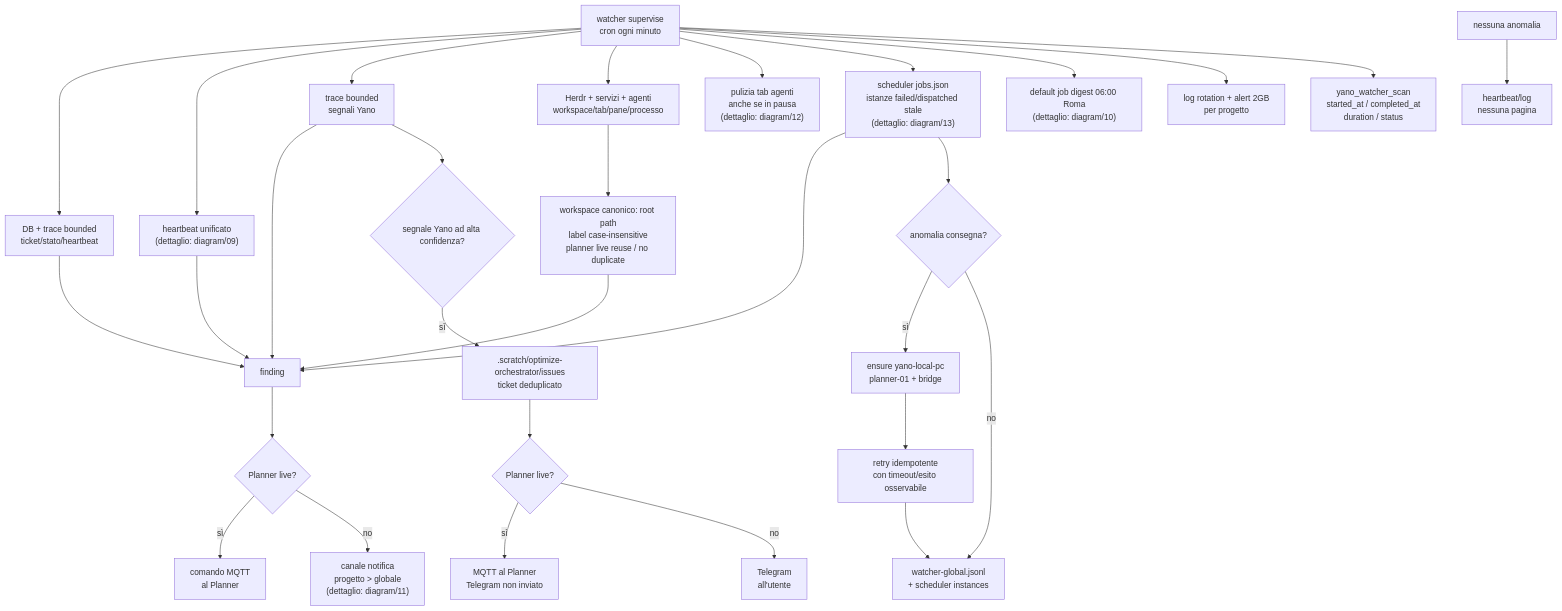
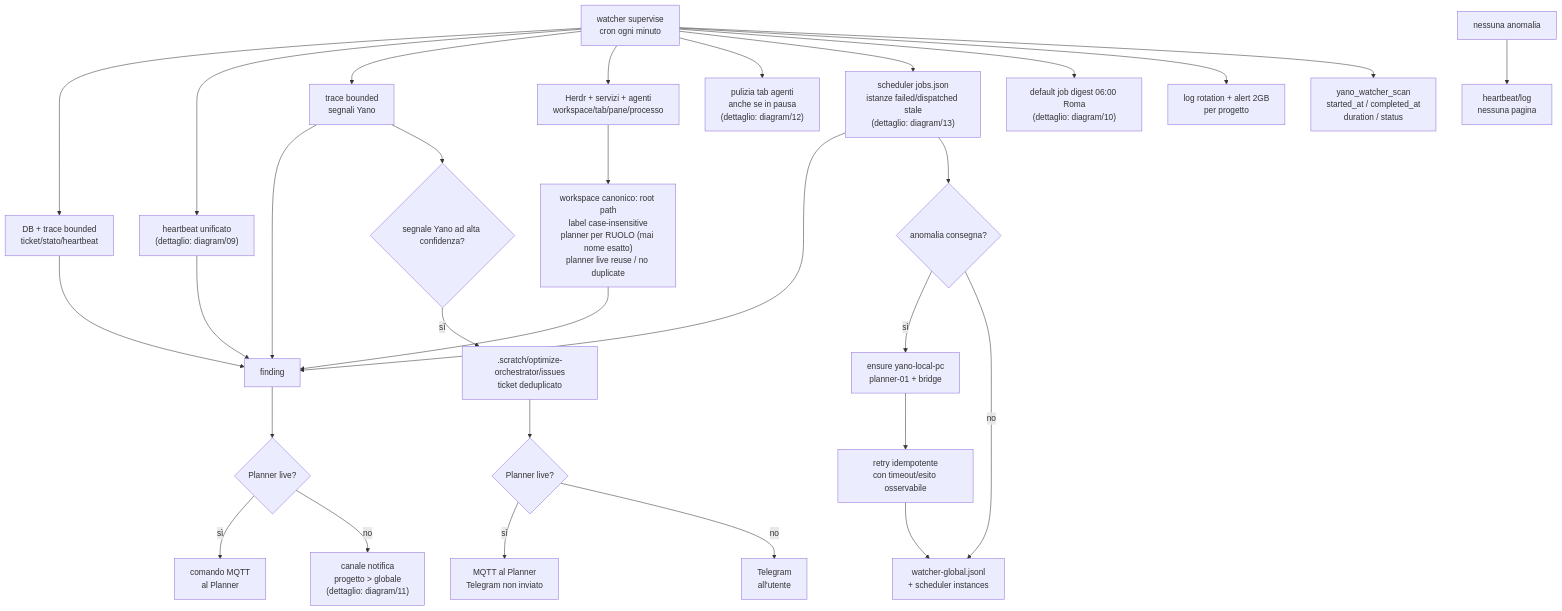
The diagram in docs/diagram/04-watcher-routing.mmd (alessiobacin/yano-orchestrator), drawn with Mermaid before and after one commit. The commit also changed 14 other files, not shown here.

```diff
--- a/docs/diagram/04-watcher-routing.mmd
+++ b/docs/diagram/04-watcher-routing.mmd
@@ -1,30 +1,30 @@
 flowchart TD
     LOOP["watcher supervise\ncron ogni minuto"] --> DB["DB + trace bounded\nticket/stato/heartbeat"]
     LOOP --> HEARTBEAT["heartbeat unificato\n(dettaglio: diagram/09)"]
     LOOP --> TRACE["trace bounded\nsegnali Yano"]
     LOOP --> SERVICES["Herdr + servizi + agenti\nworkspace/tab/pane/processo"]
     LOOP --> TABS["pulizia tab agenti\nanche se in pausa\n(dettaglio: diagram/12)"]
     LOOP --> SCHEDULES["scheduler jobs.json\nistanze failed/dispatched stale\n(dettaglio: diagram/13)"]
     LOOP --> DIGEST["default job digest 06:00 Roma\n(dettaglio: diagram/10)"]
     LOOP --> LOGSIZE["log rotation + alert 2GB\nper progetto"]
     LOOP --> SCAN["yano_watcher_scan\nstarted_at / completed_at\nduration / status"]
     DB --> FINDING["finding"]
     HEARTBEAT --> FINDING
     TRACE --> FINDING
-    SERVICES --> IDENTITY["workspace canonico: root path\nlabel case-insensitive\nplanner live reuse / no duplicate"]
+    SERVICES --> IDENTITY["workspace canonico: root path\nlabel case-insensitive\nplanner per RUOLO (mai nome esatto)\nplanner live reuse / no duplicate"]
     IDENTITY --> FINDING
     SCHEDULES --> FINDING
     FINDING --> PLANNER{"Planner live?"}
     PLANNER -- sì --> MQTT["comando MQTT\nal Planner"]
     PLANNER -- no --> TELEGRAM["canale notifica\nprogetto > globale\n(dettaglio: diagram/11)"]
     SCHEDULES --> REMEDY{"anomalia consegna?"}
     REMEDY -- sì --> LOCALPC["ensure yano-local-pc\nplanner-01 + bridge"]
     LOCALPC --> RETRY["retry idempotente\ncon timeout/esito osservabile"]
     RETRY --> LOG["watcher-global.jsonl\n+ scheduler instances"]
     REMEDY -- no --> LOG
     TRACE --> YANO{"segnale Yano ad alta confidenza?"}
     YANO -- sì --> TICKET[".scratch/optimize-orchestrator/issues\nticket deduplicato"]
     TICKET --> TICKET_ROUTE{"Planner live?"}
     TICKET_ROUTE -- sì --> TICKET_MQTT["MQTT al Planner\nTelegram non inviato"]
     TICKET_ROUTE -- no --> TICKET_TELEGRAM["Telegram\nall'utente"]
     CLEAN["nessuna anomalia"] --> QUIET["heartbeat/log\nnessuna pagina"]
```
